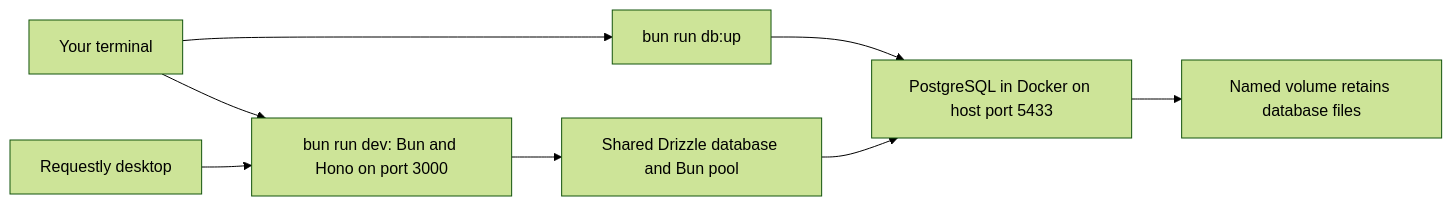
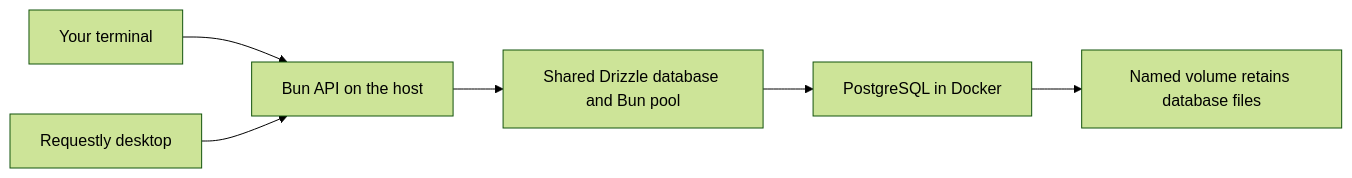
The second of 2 diagrams in docs/setup.md (jaminwebdev/hono-drizzle-api), drawn with Mermaid (forest theme) before and after one commit. The commit also changed other lines of this file and 6 other files, not shown here.

````diff
--- a/docs/setup.md
+++ b/docs/setup.md
@@ -83,10 +118,8 @@
 ```mermaid
 flowchart LR
-    Terminal[Your terminal] --> API["bun run dev: Bun and Hono on port 3000"]
+    Terminal[Your terminal] --> API[Bun API on the host]
     Requestly[Requestly desktop] --> API
-    Terminal --> Command["bun run db:up"]
-    Command --> Docker["PostgreSQL in Docker on host port 5433"]
-    API --> Pool["Shared Drizzle database and Bun pool"]
-    Pool --> Docker
+    API --> Pool[Shared Drizzle database and Bun pool]
+    Pool --> Docker[PostgreSQL in Docker]
     Docker --> Volume[Named volume retains database files]
 ```
````
